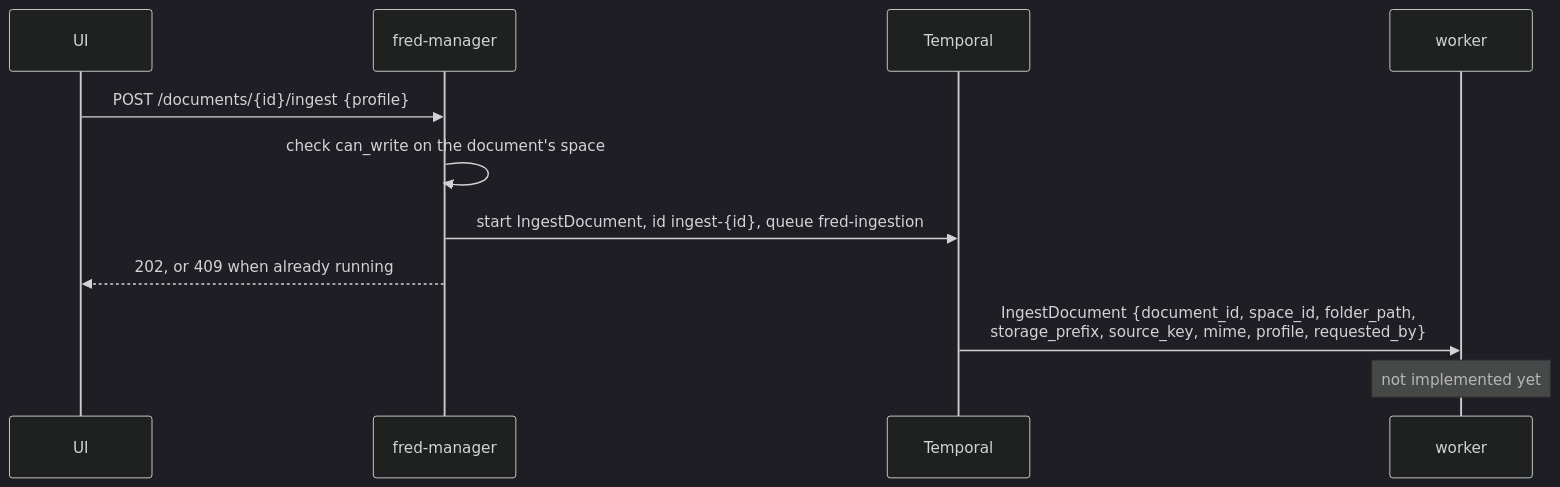
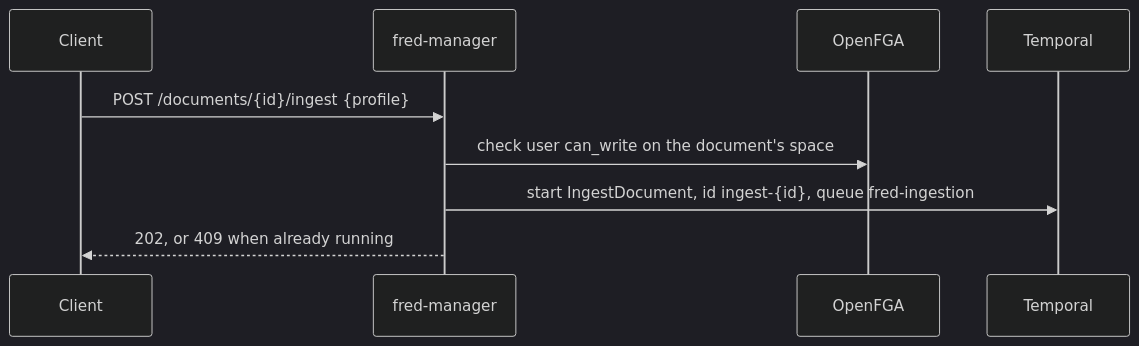
The sixth of 6 diagrams in docs/architecture/04-runtime.md (ThalesGroup/fred), drawn with Mermaid (dark theme) before and after one commit. The commit also changed other lines of this file and 12 other files, not shown here.

First line of the commit message:
docs(architecture): describe only what is implemented

````diff
--- a/docs/architecture/04-runtime.md
+++ b/docs/architecture/04-runtime.md
@@ -149,13 +151,11 @@
 ```mermaid
 sequenceDiagram
-    participant UI
+    participant C as Client
     participant M as fred-manager
+    participant FGA as OpenFGA
     participant T as Temporal
-    participant W as worker
-    UI->>M: POST /documents/{id}/ingest {profile}
-    M->>M: check can_write on the document's space
+    C->>M: POST /documents/{id}/ingest {profile}
+    M->>FGA: check user can_write on the document's space
     M->>T: start IngestDocument, id ingest-{id}, queue fred-ingestion
-    M-->>UI: 202, or 409 when already running
-    T->>W: IngestDocument {document_id, space_id, folder_path,<br/>storage_prefix, source_key, mime, profile, requested_by}
-    Note over W: not implemented yet
+    M-->>C: 202, or 409 when already running
 ```
````
